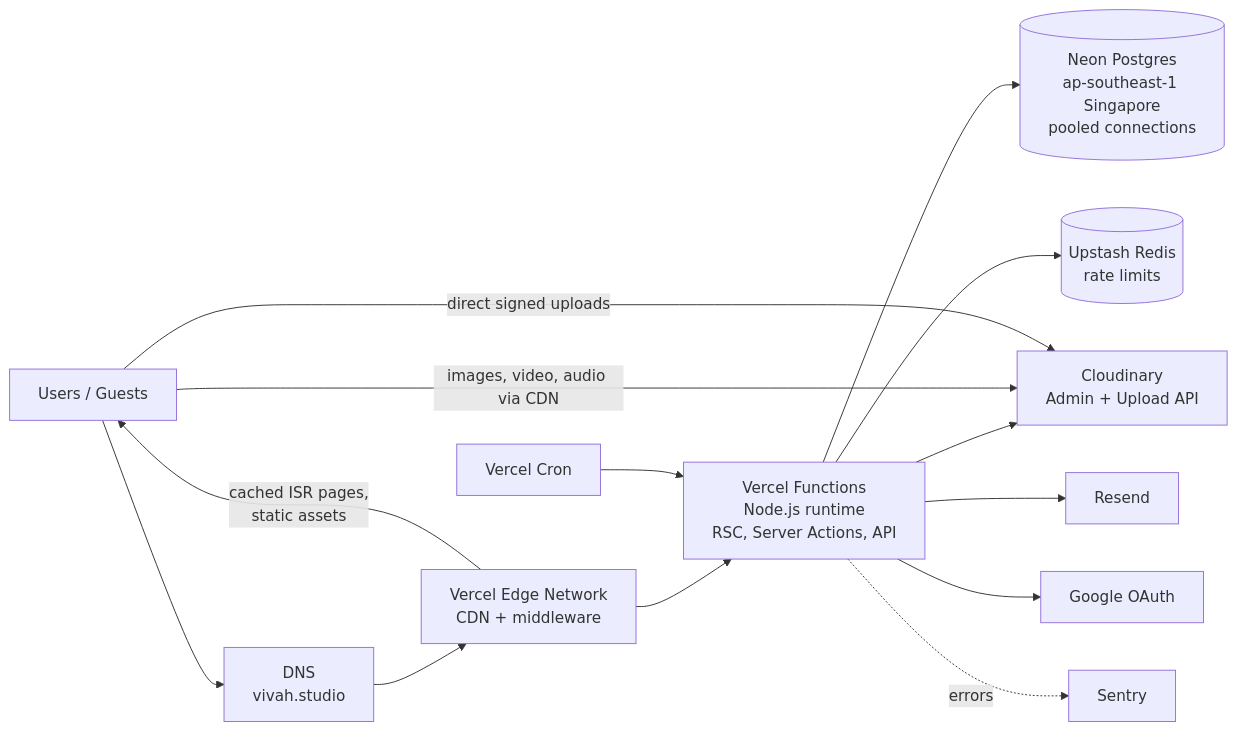
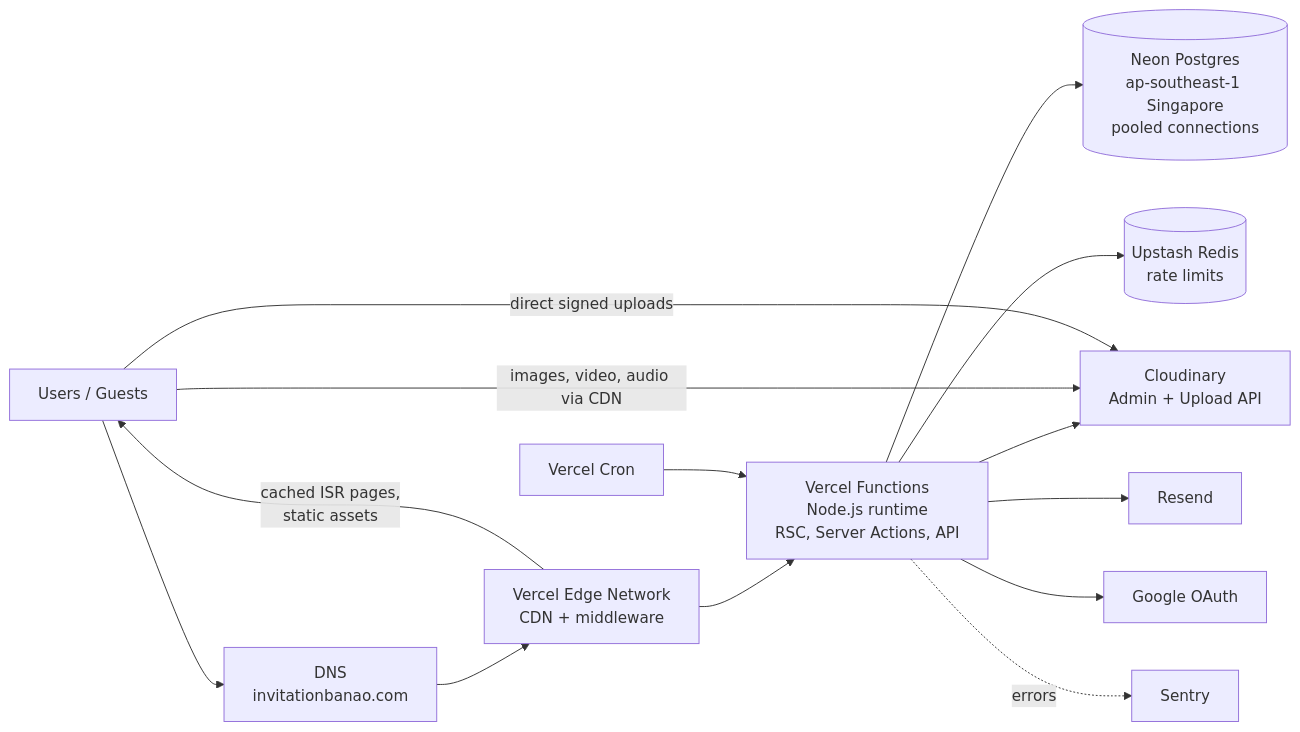
The first of 2 diagrams in docs/14-deployment.md (KaranKumar-97/invitoverse), drawn with Mermaid before and after one commit. The commit also changed other lines of this file and 13 other files, not shown here.

Commit message:
docs: rename Vivah Studio to Invitation Banao in README, CLAUDE.md and docs

````diff
--- a/docs/14-deployment.md
+++ b/docs/14-deployment.md
@@ -5,16 +5,16 @@
 ```mermaid
 flowchart LR
-    U[Users / Guests] --> DNS[DNS<br/>vivah.studio]
+    U[Users / Guests] --> DNS[DNS<br/>invitationbanao.com]
     DNS --> VE[Vercel Edge Network<br/>CDN + middleware]
     VE --> VF[Vercel Functions<br/>Node.js runtime<br/>RSC, Server Actions, API]
     VE -->|cached ISR pages,<br/>static assets| U
     VF --> NEON[(Neon Postgres<br/>ap-southeast-1 Singapore<br/>pooled connections)]
     VF --> UP[(Upstash Redis<br/>rate limits)]
     VF --> CLD[Cloudinary<br/>Admin + Upload API]
     U -->|images, video, audio via CDN| CLD
     U -->|direct signed uploads| CLD
     VF --> RS[Resend]
     VF --> GOOG[Google OAuth]
     VF -.errors.-> SEN[Sentry]
     CRON[Vercel Cron] --> VF
 ```
````
